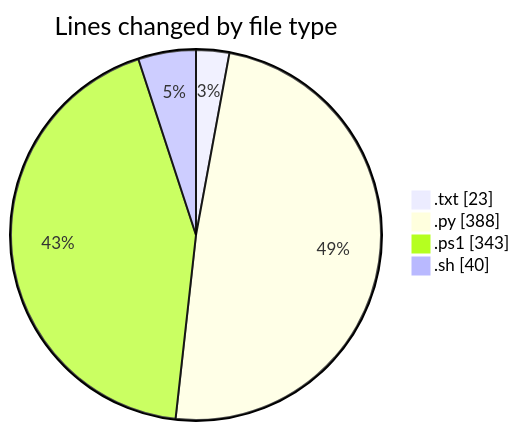
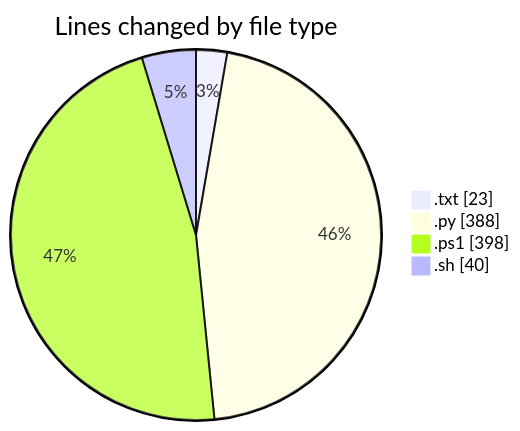
One commit to CELIANVF/code-tracking changed the first of 2 diagrams in 2025-05-16/python_app_deploy/README.md. Above: the diagram before and after it, drawn with Mermaid. The commit also changed other lines of this file and 1 other file, not shown here.

````diff
--- a/2025-05-16/python_app_deploy/README.md
+++ b/2025-05-16/python_app_deploy/README.md
@@ -25,8 +25,8 @@
 ```mermaid
 pie showData
 title Lines changed by file type
 ".txt" : 23
 ".py" : 388
-".ps1" : 343
+".ps1" : 398
 ".sh" : 40
 ```
````
